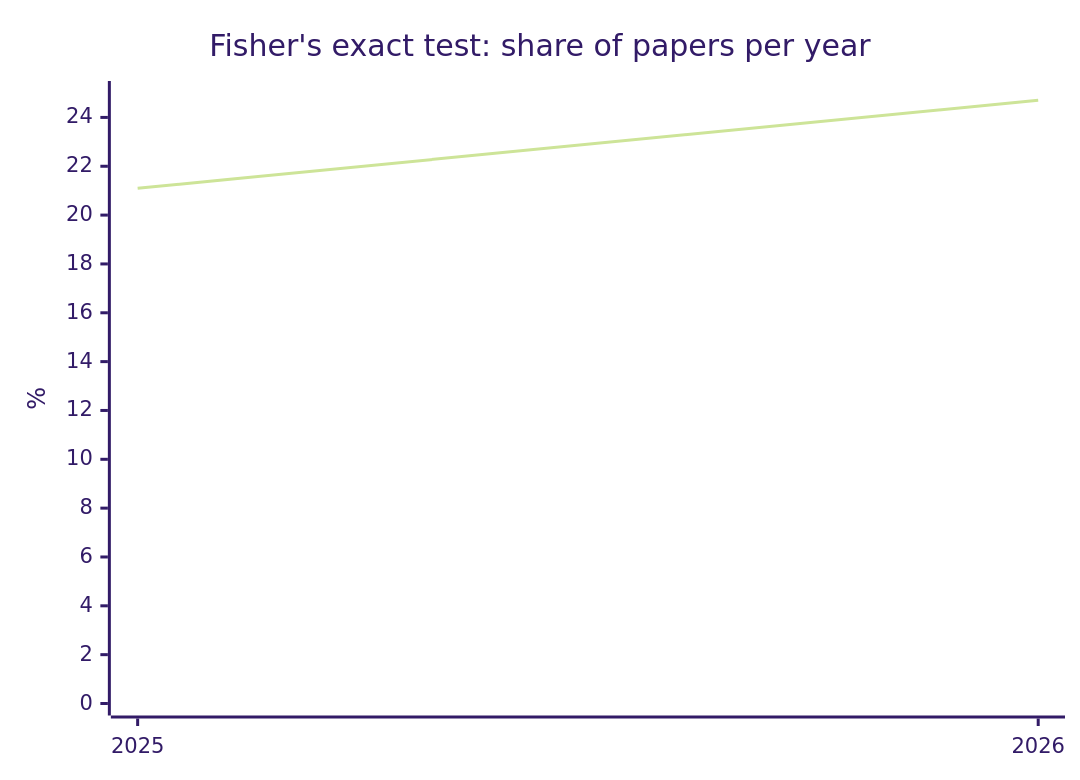
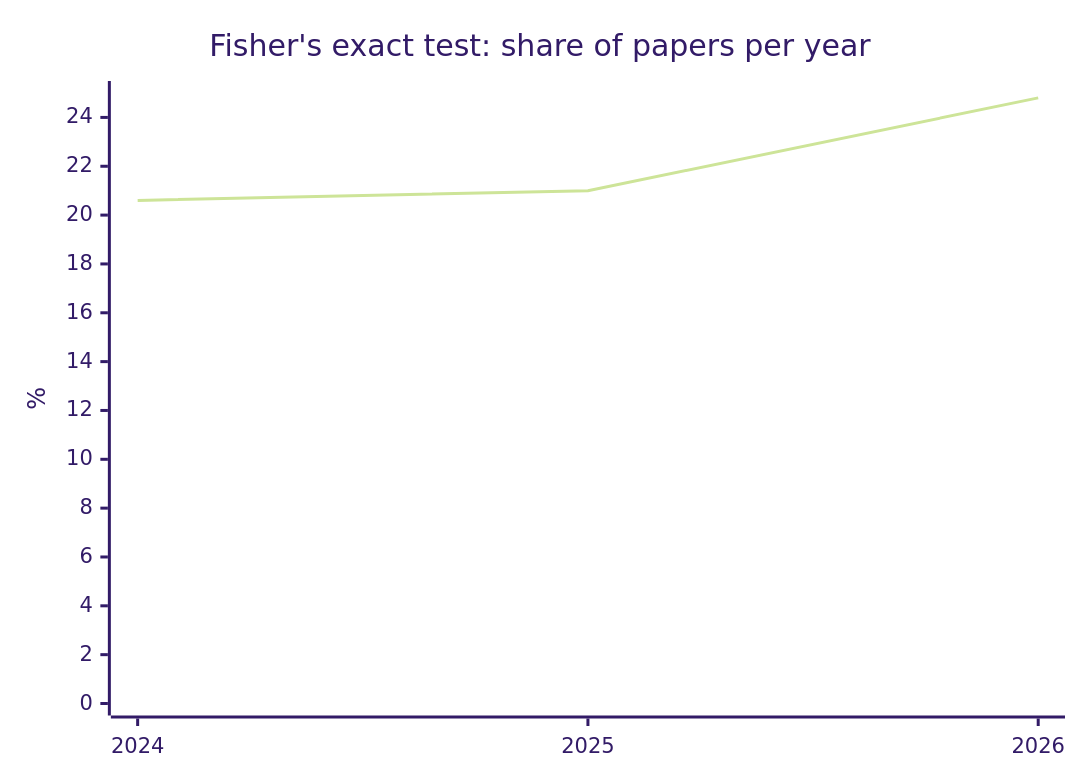
One commit to nfdi4health/datashield-function-ideas changed the fifth of 5 diagrams in literature-watch/reports/overview.md. Above: the diagram before and after it, drawn with Mermaid (forest theme). The commit also changed other lines of this file and 1 other file, not shown here.

````diff
--- a/literature-watch/reports/overview.md
+++ b/literature-watch/reports/overview.md
@@ -84,7 +84,7 @@
 ```mermaid
 xychart-beta
   title "Fisher's exact test: share of papers per year"
-  x-axis [2025, 2026]
+  x-axis [2024, 2025, 2026]
   y-axis "%" 0 --> 25
-  line [21.1, 24.7]
+  line [20.6, 21.0, 24.8]
 ```
````
